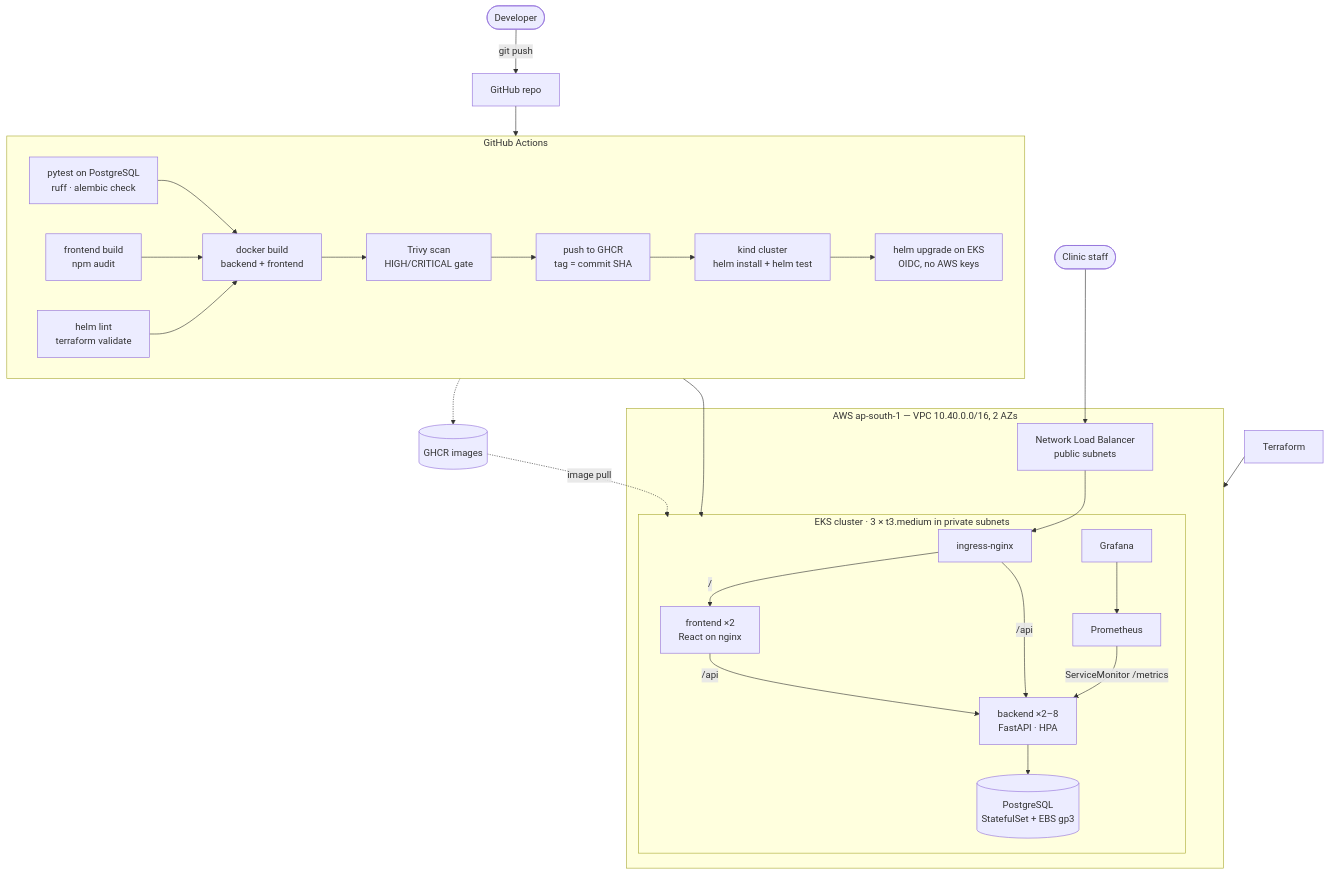
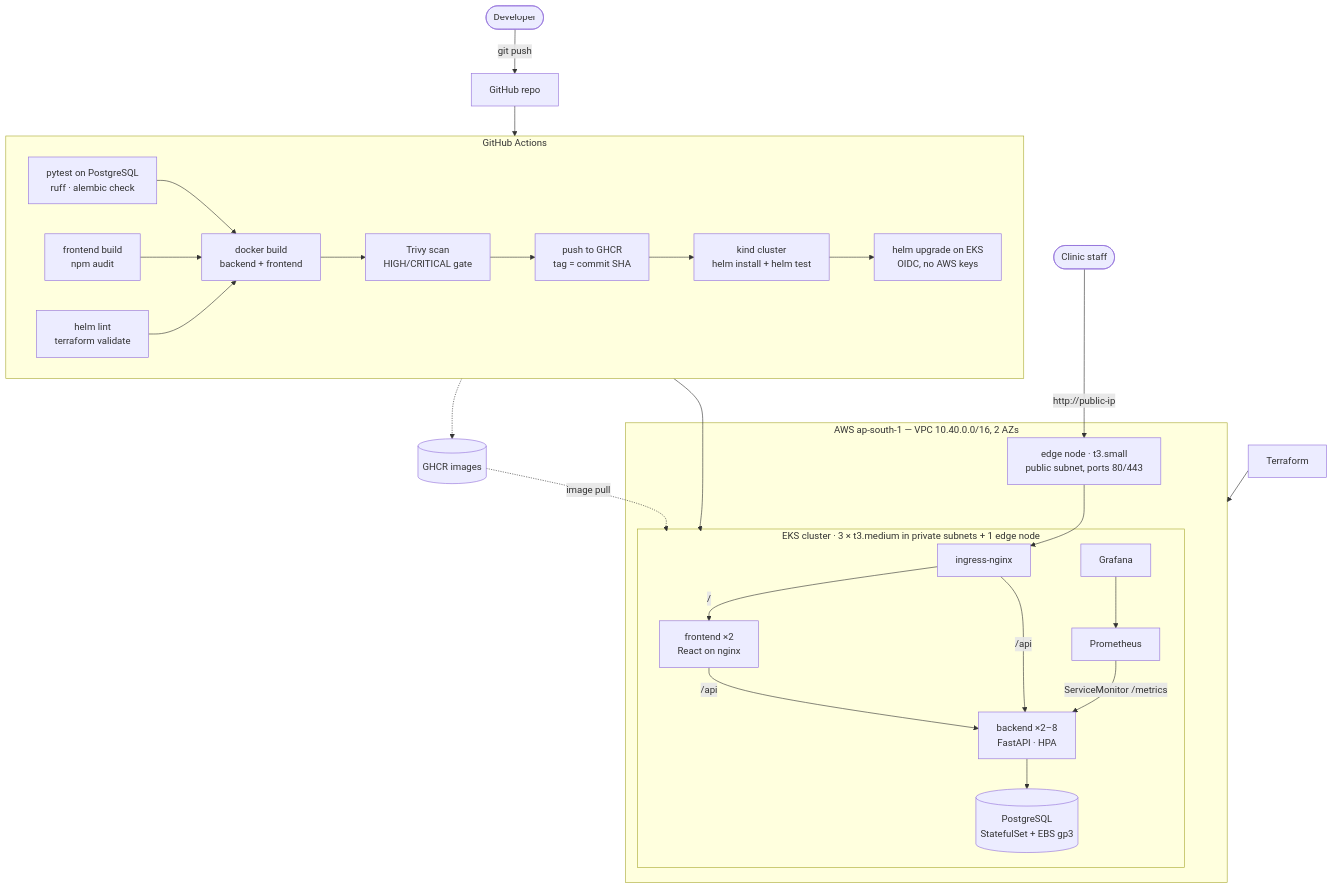
The diagram in README.md (ankit14-dev/clinicflow), drawn with Mermaid before and after one commit. The commit also changed other lines of this file and 2 other files, not shown here.

Commit message:
Document the edge-node ingress, OIDC subject format and migration lock

````diff
--- a/README.md
+++ b/README.md
@@ -25,34 +25,34 @@
 ```mermaid
 flowchart TB
   dev([Developer]) -->|git push| gh[GitHub repo]
   gh --> ci
 
   subgraph ci [GitHub Actions]
     direction LR
     t[pytest on PostgreSQL<br/>ruff · alembic check] --> b[docker build<br/>backend + frontend]
     fe[frontend build<br/>npm audit] --> b
     iac[helm lint<br/>terraform validate] --> b
     b --> s[Trivy scan<br/>HIGH/CRITICAL gate] --> p[push to GHCR<br/>tag = commit SHA]
     p --> k[kind cluster<br/>helm install + helm test] --> d[helm upgrade on EKS<br/>OIDC, no AWS keys]
   end
 
   p -.-> ghcr[(GHCR images)]
   tf[Terraform] --> aws
 
   subgraph aws [AWS ap-south-1 — VPC 10.40.0.0/16, 2 AZs]
-    nlb[Network Load Balancer<br/>public subnets]
-    subgraph eks [EKS cluster · 3 × t3.medium in private subnets]
+    edge[edge node · t3.small<br/>public subnet, ports 80/443]
+    subgraph eks [EKS cluster · 3 × t3.medium in private subnets + 1 edge node]
       ing[ingress-nginx] -->|/| fe2[frontend ×2<br/>React on nginx]
       ing -->|/api| be[backend ×2–8<br/>FastAPI · HPA]
       fe2 -->|/api| be
       be --> pg[(PostgreSQL<br/>StatefulSet + EBS gp3)]
       prom[Prometheus] -->|ServiceMonitor /metrics| be
       graf[Grafana] --> prom
     end
-    nlb --> ing
+    edge --> ing
   end
 
   d --> eks
   ghcr -.->|image pull| eks
-  user([Clinic staff]) --> nlb
+  user([Clinic staff]) -->|http://public-ip| edge
 ```
````
